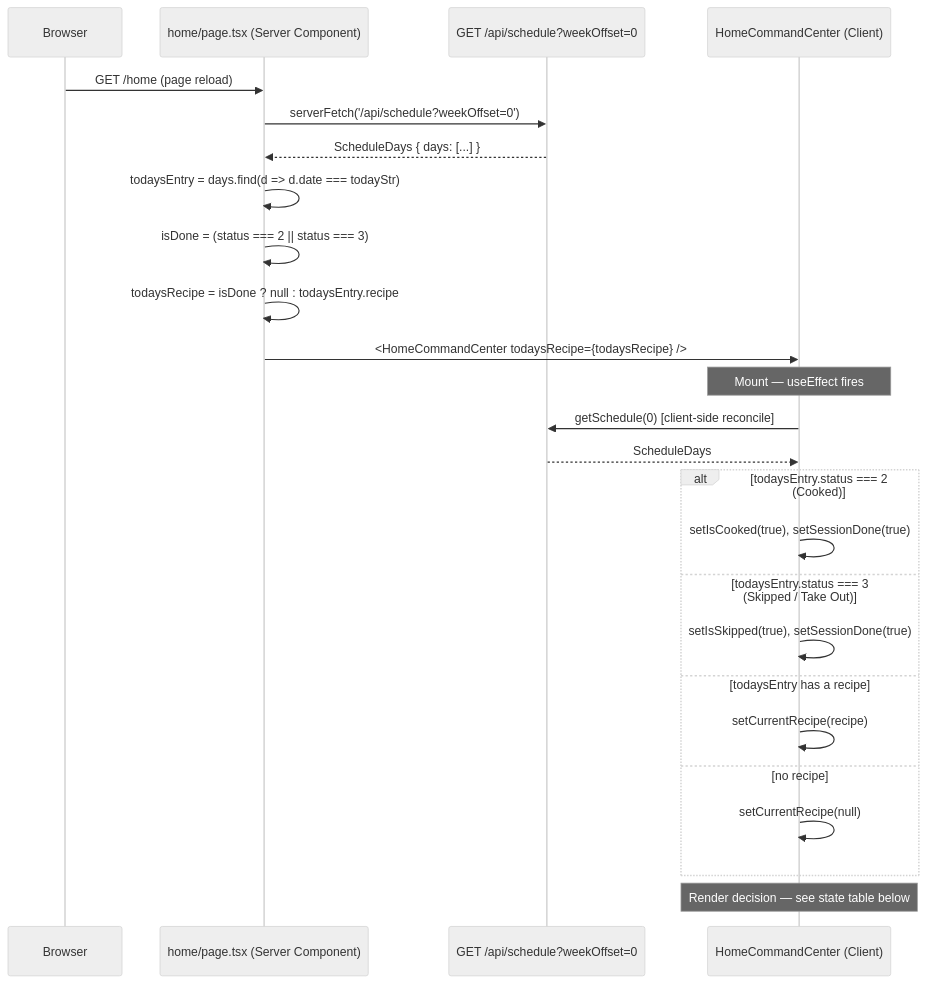
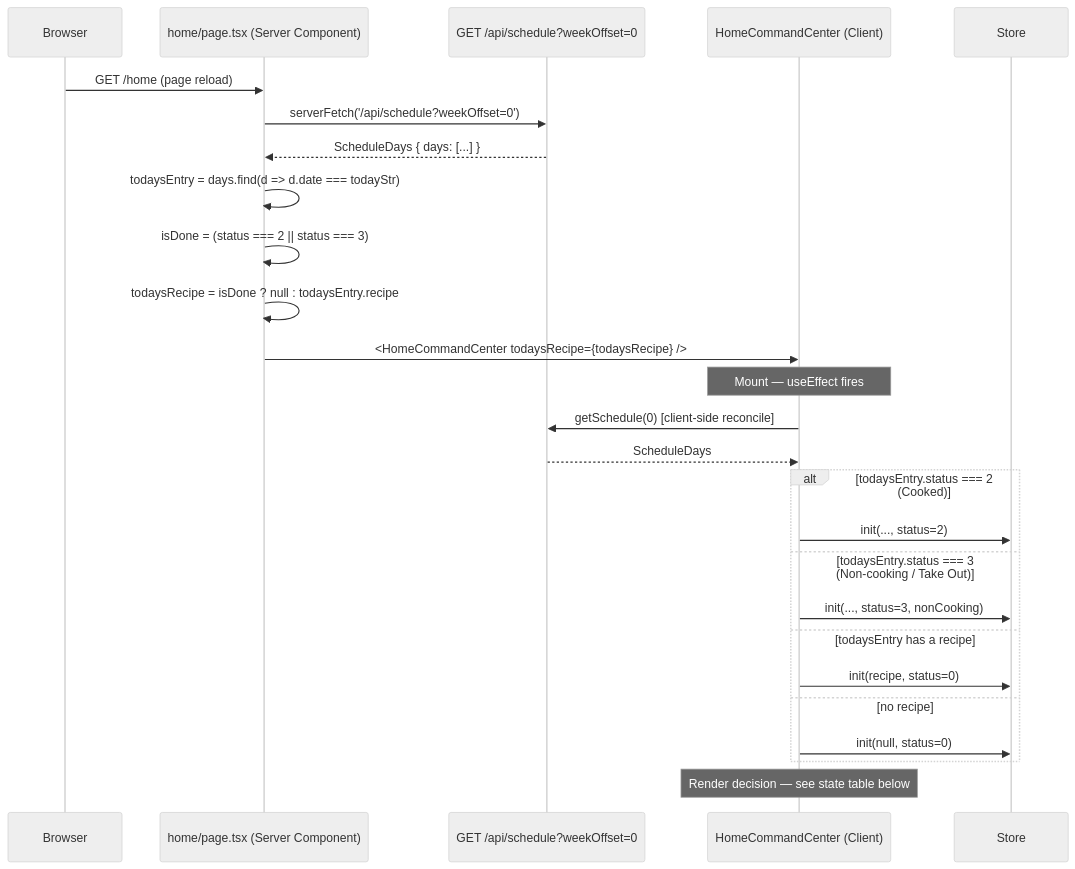
One commit to AlexandreBrisebois/whats-for-supper changed the third of 3 diagrams in docs/flows/user-flows/order-in-flow.md. Above: the diagram before and after it, drawn with Mermaid (neutral theme). The commit also changed other lines of this file and 280 other files, not shown here.

````diff
--- a/docs/flows/user-flows/order-in-flow.md
+++ b/docs/flows/user-flows/order-in-flow.md
@@ -96,34 +91,34 @@
 ```mermaid
 sequenceDiagram
     participant Browser
     participant NextSSR as home/page.tsx (Server Component)
     participant ScheduleAPI as GET /api/schedule?weekOffset=0
     participant HCC as HomeCommandCenter (Client)
 
     Browser->>NextSSR: GET /home (page reload)
     NextSSR->>ScheduleAPI: serverFetch('/api/schedule?weekOffset=0')
     ScheduleAPI-->>NextSSR: ScheduleDays { days: [...] }
 
     NextSSR->>NextSSR: todaysEntry = days.find(d => d.date === todayStr)
     NextSSR->>NextSSR: isDone = (status === 2 || status === 3)
     NextSSR->>NextSSR: todaysRecipe = isDone ? null : todaysEntry.recipe
 
     NextSSR->>HCC: <HomeCommandCenter todaysRecipe={todaysRecipe} />
 
     Note over HCC: Mount — useEffect fires
 
     HCC->>ScheduleAPI: getSchedule(0)  [client-side reconcile]
     ScheduleAPI-->>HCC: ScheduleDays
 
     alt todaysEntry.status === 2 (Cooked)
-        HCC->>HCC: setIsCooked(true), setSessionDone(true)
-    else todaysEntry.status === 3 (Skipped / Take Out)
-        HCC->>HCC: setIsSkipped(true), setSessionDone(true)
+        HCC->>Store: init(..., status=2)
+    else todaysEntry.status === 3 (Non-cooking / Take Out)
+        HCC->>Store: init(..., status=3, nonCooking)
     else todaysEntry has a recipe
-        HCC->>HCC: setCurrentRecipe(recipe)
+        HCC->>Store: init(recipe, status=0)
     else no recipe
-        HCC->>HCC: setCurrentRecipe(null)
+        HCC->>Store: init(null, status=0)
     end
 
     Note over HCC: Render decision — see state table below
 ```
````
